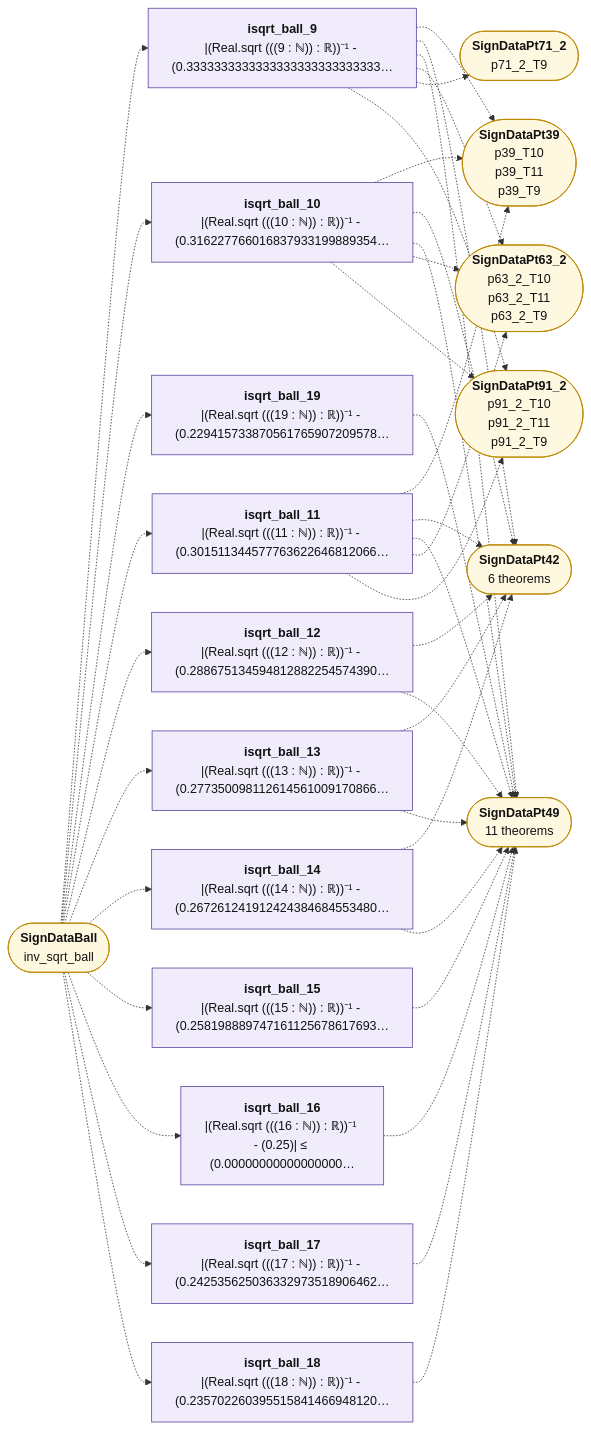
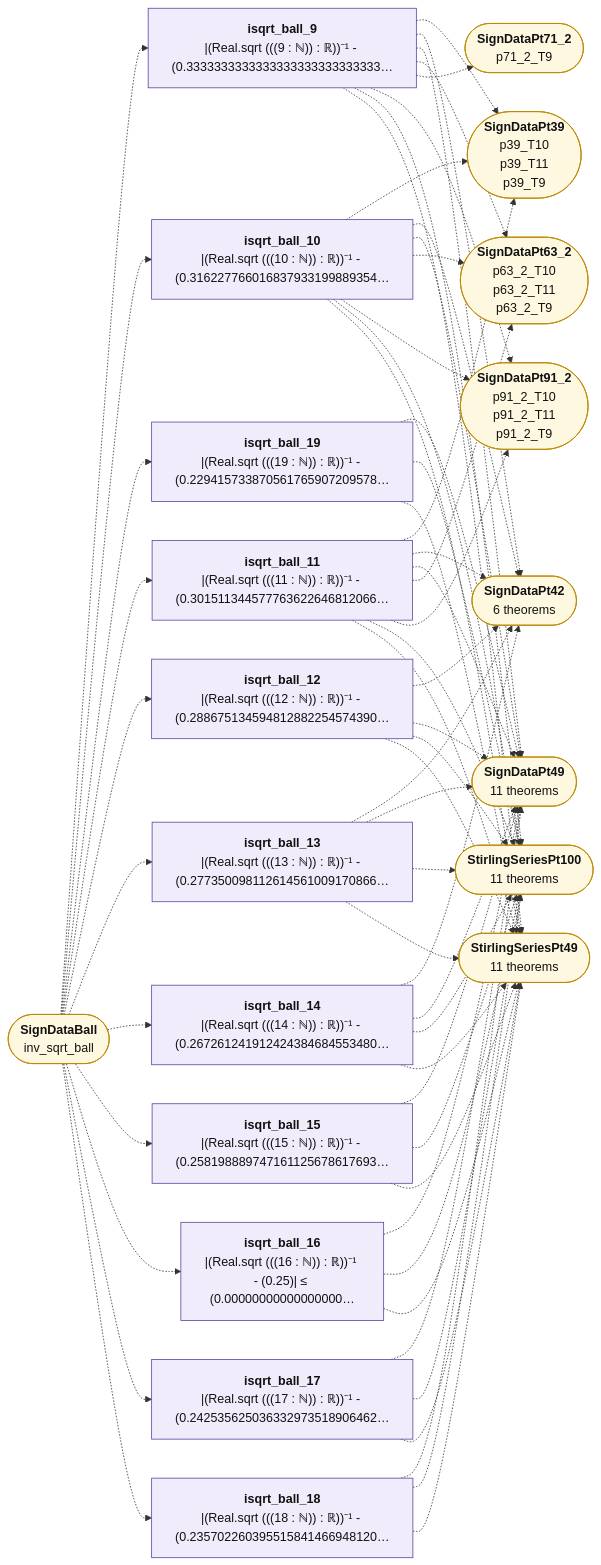
The second of 2 diagrams in map/lean_stage3/SignDataLog.md (juliansambranojr/Primebeat_081426), drawn with Mermaid before and after one commit. The commit also changed other lines of this file and 63 other files, not shown here.

```diff
--- a/map/lean_stage3/SignDataLog.md
+++ b/map/lean_stage3/SignDataLog.md
@@ -329,33 +385,57 @@
   x4(["<b>SignDataPt63_2</b><br/>p63_2_T10<br/>p63_2_T11<br/>p63_2_T9"]):::ext
   x5(["<b>SignDataPt71_2</b><br/>p71_2_T9"]):::ext
   x6(["<b>SignDataPt91_2</b><br/>p91_2_T10<br/>p91_2_T11<br/>p91_2_T9"]):::ext
+  x7(["<b>StirlingSeriesPt100</b><br/>11 theorems"]):::ext
+  x8(["<b>StirlingSeriesPt49</b><br/>11 theorems"]):::ext
   n0 -.-> x1
   n0 -.-> x2
   n0 -.-> x3
   n0 -.-> x4
   n0 -.-> x5
   n0 -.-> x6
+  n0 -.-> x7
+  n0 -.-> x8
   n1 -.-> x1
   n1 -.-> x2
   n1 -.-> x3
   n1 -.-> x4
   n1 -.-> x6
+  n1 -.-> x7
+  n1 -.-> x8
   n10 -.-> x3
+  n10 -.-> x7
+  n10 -.-> x8
   n2 -.-> x1
   n2 -.-> x2
   n2 -.-> x3
   n2 -.-> x4
   n2 -.-> x6
+  n2 -.-> x7
+  n2 -.-> x8
   n3 -.-> x2
   n3 -.-> x3
+  n3 -.-> x7
+  n3 -.-> x8
   n4 -.-> x2
   n4 -.-> x3
+  n4 -.-> x7
+  n4 -.-> x8
   n5 -.-> x2
   n5 -.-> x3
+  n5 -.-> x7
+  n5 -.-> x8
   n6 -.-> x3
+  n6 -.-> x7
+  n6 -.-> x8
   n7 -.-> x3
+  n7 -.-> x7
+  n7 -.-> x8
   n8 -.-> x3
+  n8 -.-> x7
+  n8 -.-> x8
   n9 -.-> x3
+  n9 -.-> x7
+  n9 -.-> x8
   x0 -.-> n0
   x0 -.-> n1
   x0 -.-> n10
```
